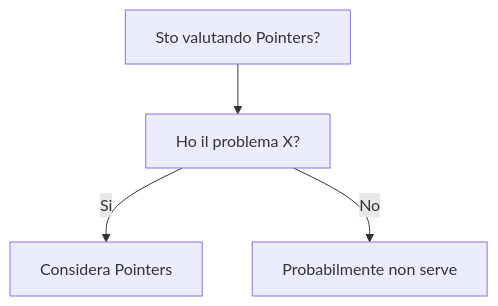
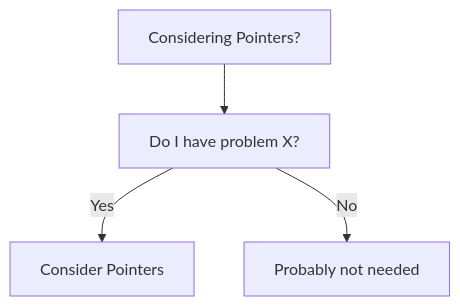
Before and after one commit to HxT9/Software-Dev-Wiki: the diagram in dev-wiki/14_Languages/C/Pointers/When_To_Use.md, drawn with Mermaid. The commit also changed other lines of this file and 3444 other files, not shown here.

````diff
--- a/dev-wiki/14_Languages/C/Pointers/When_To_Use.md
+++ b/dev-wiki/14_Languages/C/Pointers/When_To_Use.md
@@ -19,6 +19,6 @@
 ```mermaid
 flowchart TD
-  Q[Sto valutando Pointers?] --> Q1[Ho il problema X?]
-  Q1 -->|Si| OK[Considera Pointers]
-  Q1 -->|No| NO[Probabilmente non serve]
+  Q[Considering Pointers?] --> Q1[Do I have problem X?]
+  Q1 -->|Yes| OK[Consider Pointers]
+  Q1 -->|No| NO[Probably not needed]
 ```
````
